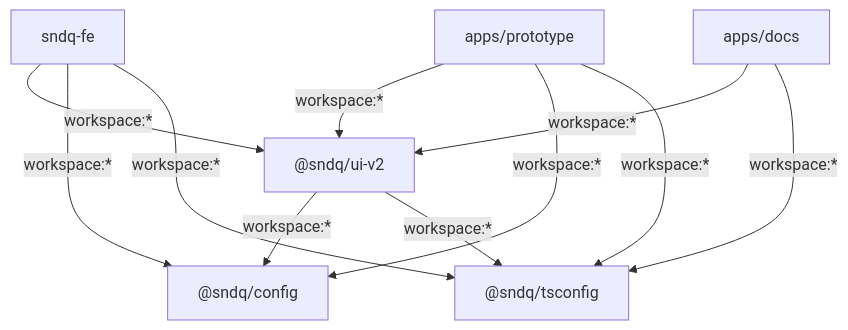
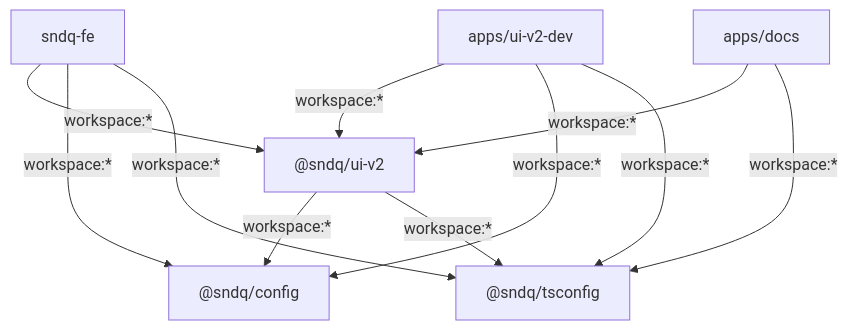
Before and after one commit to duy-ndhk51/research: the first of 2 diagrams in 12-sndq/frontend/restructure/monorepo-ui-design-system/README.md, drawn with Mermaid. The commit also changed other lines of this file and 8 other files, not shown here.

Commit message:
chore: rename prototype directory to ui-v2-dev and update related documentation

````diff
--- a/12-sndq/frontend/restructure/monorepo-ui-design-system/README.md
+++ b/12-sndq/frontend/restructure/monorepo-ui-design-system/README.md
@@ -639,20 +639,20 @@
 ```mermaid
 graph TD
     tsconfig["@sndq/tsconfig"]
     config["@sndq/config"]
     uiv2["@sndq/ui-v2"]
     web["sndq-fe"]
-    prototype["apps/prototype"]
+    prototype["apps/ui-v2-dev"]
     docs_app["apps/docs"]
 
     uiv2 -->|"workspace:*"| config
     web -->|"workspace:*"| uiv2
     web -->|"workspace:*"| config
     web -->|"workspace:*"| tsconfig
     prototype -->|"workspace:*"| uiv2
     prototype -->|"workspace:*"| config
     prototype -->|"workspace:*"| tsconfig
     docs_app -->|"workspace:*"| uiv2
     docs_app -->|"workspace:*"| tsconfig
     uiv2 -->|"workspace:*"| tsconfig
 ```
````
